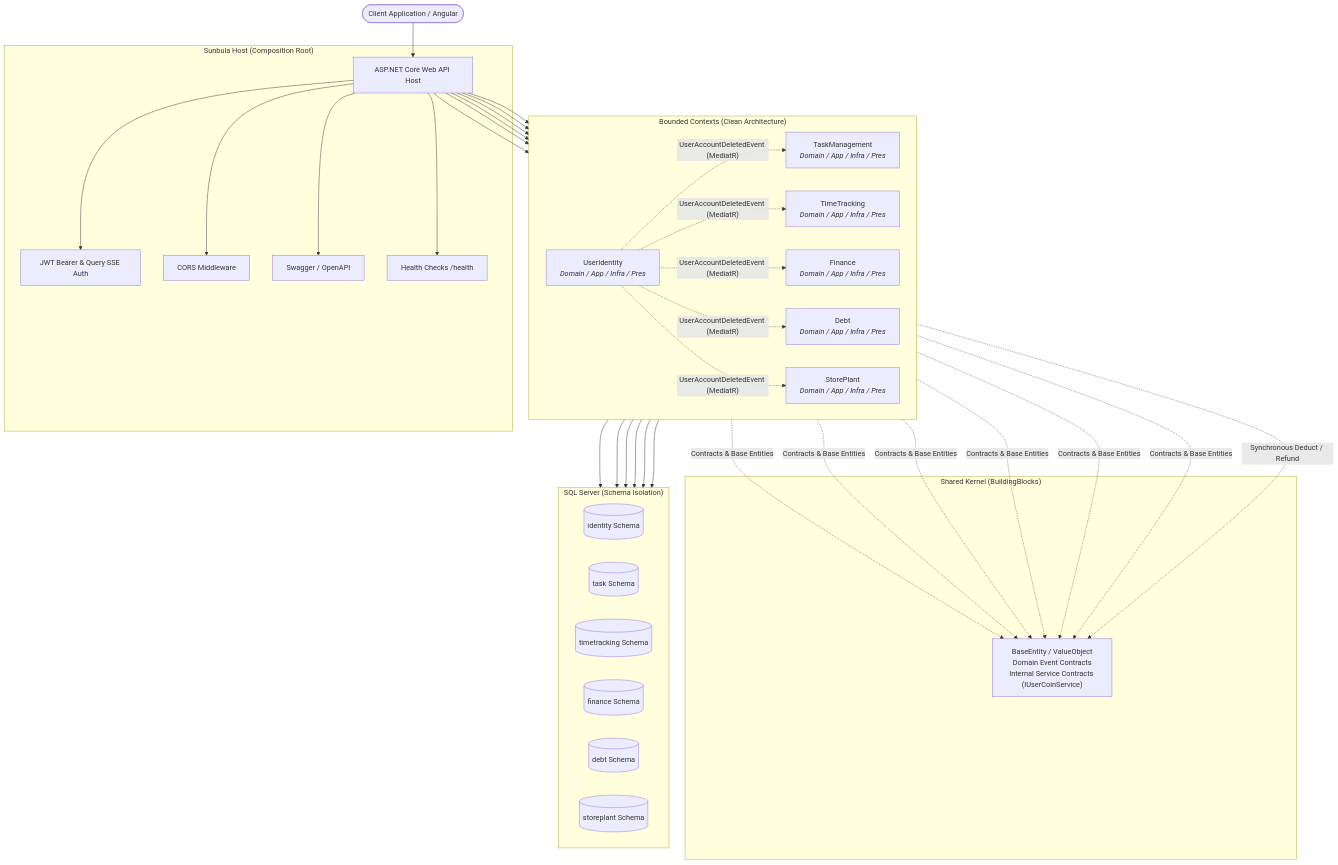
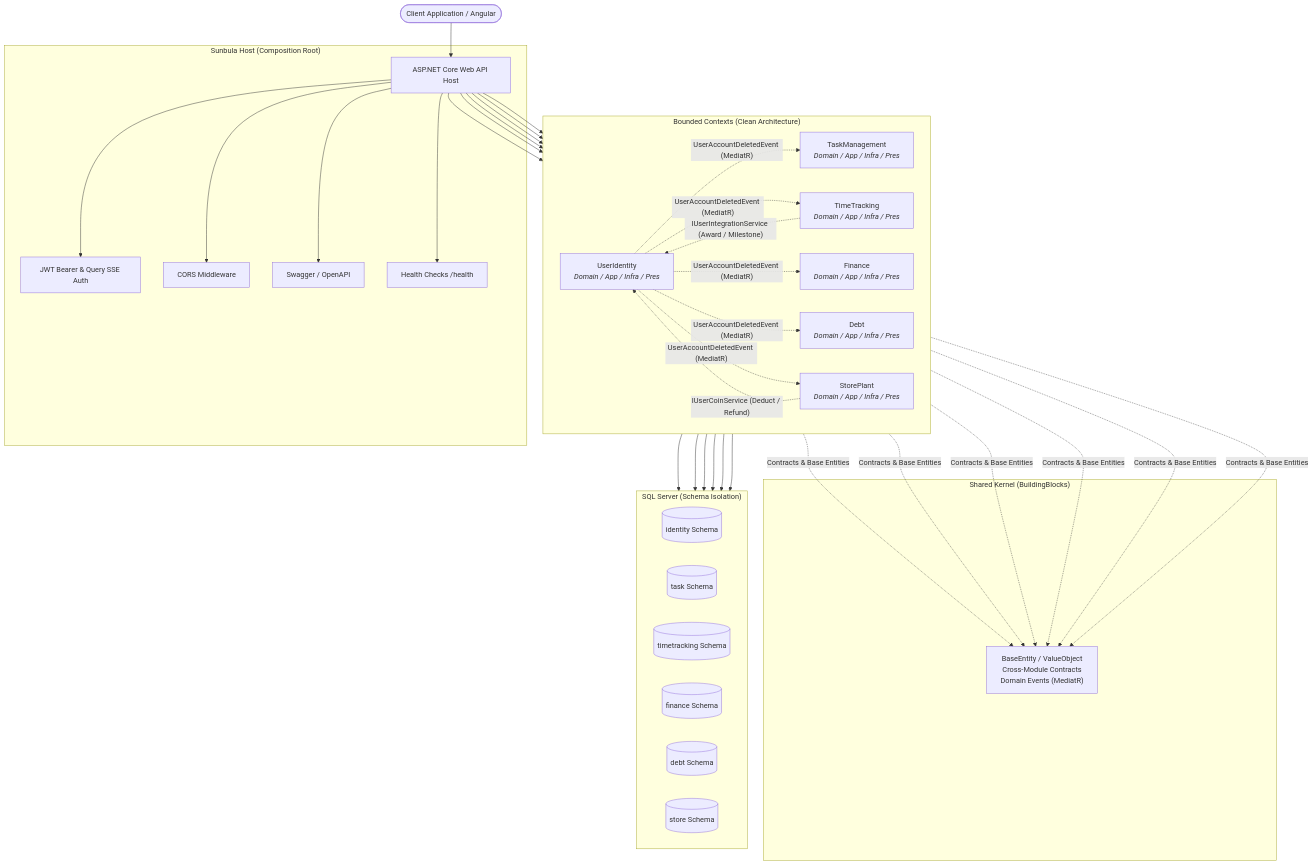
Before and after one commit to hassans22hh-ship-it/SunbulaGraduationProject: the first of 3 diagrams in README.md, drawn with Mermaid. The commit also changed other lines of this file, not shown here.

Commit message:
fix: update C# version in README and refine cross-module contract descriptions

````diff
--- a/README.md
+++ b/README.md
@@ -54,47 +54,48 @@
 ```mermaid
 graph TB
     Client([Client Application / Angular]) --> Gateway[ASP.NET Core Web API Host]
 
     subgraph HOST["Sunbula Host (Composition Root)"]
         Gateway --> Auth[JWT Bearer & Query SSE Auth]
         Gateway --> CORS[CORS Middleware]
         Gateway --> Swagger[Swagger / OpenAPI]
         Gateway --> Health[Health Checks /health]
     end
 
     subgraph MODULES["Bounded Contexts (Clean Architecture)"]
         direction LR
         UI["UserIdentity<br/><i>Domain / App / Infra / Pres</i>"]
         TM["TaskManagement<br/><i>Domain / App / Infra / Pres</i>"]
         TT["TimeTracking<br/><i>Domain / App / Infra / Pres</i>"]
         FIN["Finance<br/><i>Domain / App / Infra / Pres</i>"]
         DBT["Debt<br/><i>Domain / App / Infra / Pres</i>"]
         PLT["StorePlant<br/><i>Domain / App / Infra / Pres</i>"]
     end
 
     subgraph SHARED["Shared Kernel (BuildingBlocks)"]
-        SK["BaseEntity / ValueObject<br/>Domain Event Contracts<br/>Internal Service Contracts (IUserCoinService)"]
+        SK["BaseEntity / ValueObject<br/>Cross-Module Contracts<br/>Domain Events (MediatR)"]
     end
 
     subgraph DB["SQL Server (Schema Isolation)"]
         direction LR
         D_UI[(identity Schema)]
         D_TM[(task Schema)]
         D_TT[(timetracking Schema)]
         D_FIN[(finance Schema)]
         D_DBT[(debt Schema)]
-        D_PLT[(storeplant Schema)]
+        D_PLT[(store Schema)]
     end
 
     Gateway --> UI & TM & TT & FIN & DBT & PLT
     UI --> D_UI
     TM --> D_TM
     TT --> D_TT
     FIN --> D_FIN
     DBT --> D_DBT
     PLT --> D_PLT
 
     UI & TM & TT & FIN & DBT & PLT -. Contracts & Base Entities .-> SK
     UI -. UserAccountDeletedEvent (MediatR) .-> TM & TT & FIN & DBT & PLT
-    PLT -. Synchronous Deduct / Refund .-> SK
+    PLT -. IUserCoinService (Deduct / Refund) .-> UI
+    TT -. IUserIntegrationService (Award / Milestone) .-> UI
 ```
````
